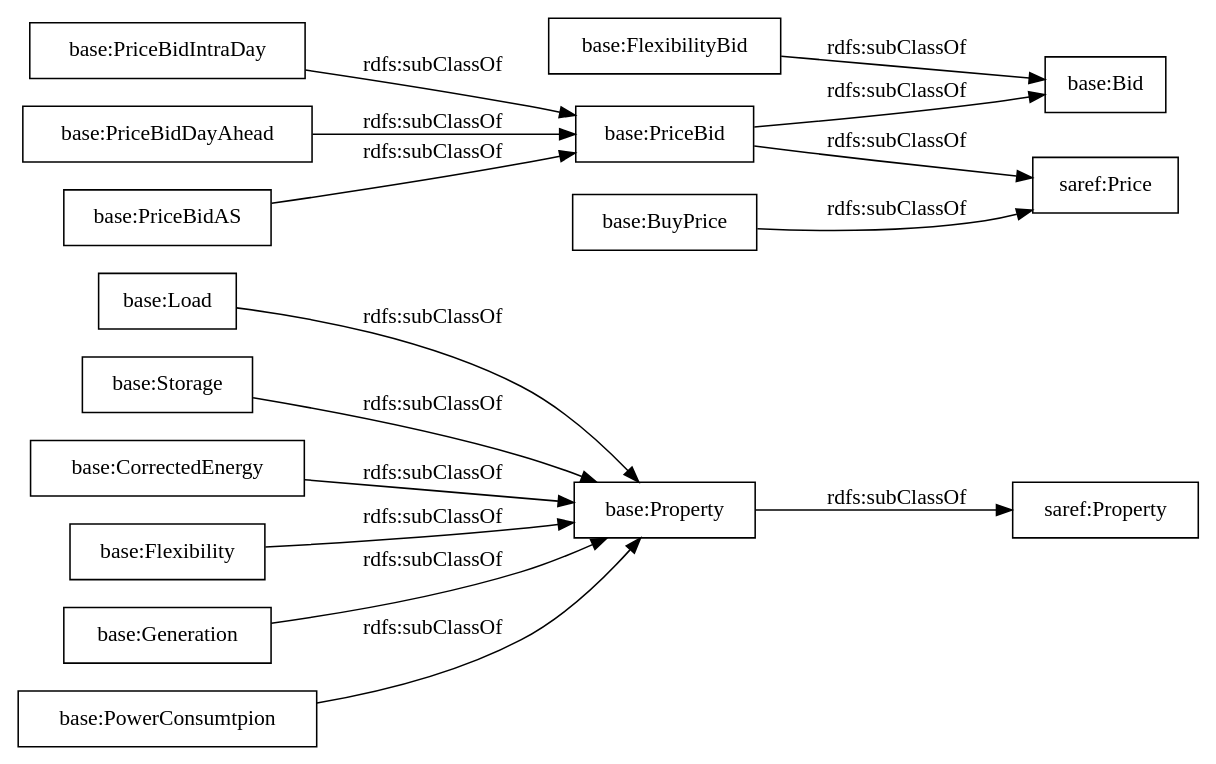
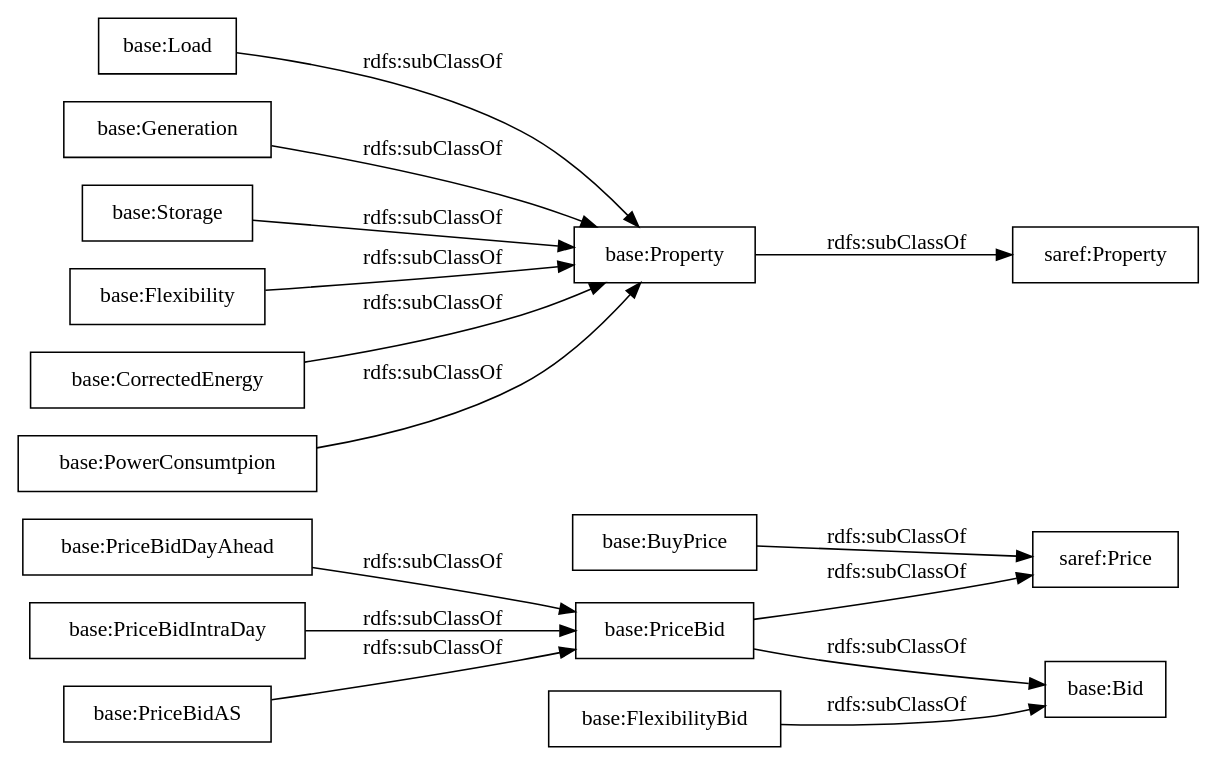
The diagram in OnToology/ontology/delta.owl/diagrams/ar2dtool-taxonomy/delta.owl.png.dot (oeg-upm/delta-ontology), drawn with Graphviz before and after one commit. The commit also changed 12 other files, not shown here.

```diff
--- a/OnToology/ontology/delta.owl/diagrams/ar2dtool-taxonomy/delta.owl.png.dot
+++ b/OnToology/ontology/delta.owl/diagrams/ar2dtool-taxonomy/delta.owl.png.dot
@@ -1,20 +1,20 @@
 digraph ar2dtool_diagram { 
 rankdir=LR;
 size="1000"
-node [shape = rectangle, color="black"]; "base:Load" "base:Storage" "saref:Property" "base:Property" "base:Bid" "base:CorrectedEnergy" "saref:Price" "base:BuyPrice" "base:FlexibilityBid" "base:PriceBid" "base:Flexibility" "base:PriceBidIntraDay" "base:Generation" "base:PriceBidDayAhead" "base:PowerConsumtpion" "base:PriceBidAS" ; /*classes style*/
+node [shape = rectangle, color="black"]; "base:PriceBid" "base:BuyPrice" "saref:Property" "base:Load" "base:PriceBidDayAhead" "base:Generation" "base:PriceBidIntraDay" "base:FlexibilityBid" "base:Storage" "base:Flexibility" "base:CorrectedEnergy" "saref:Price" "base:Property" "base:PriceBidAS" "base:PowerConsumtpion" "base:Bid" ; /*classes style*/
+	"base:Generation" -> "base:Property" [ label = "rdfs:subClassOf" ];
+	"base:Flexibility" -> "base:Property" [ label = "rdfs:subClassOf" ];
+	"base:FlexibilityBid" -> "base:Bid" [ label = "rdfs:subClassOf" ];
+	"base:CorrectedEnergy" -> "base:Property" [ label = "rdfs:subClassOf" ];
+	"base:BuyPrice" -> "saref:Price" [ label = "rdfs:subClassOf" ];
+	"base:PriceBidAS" -> "base:PriceBid" [ label = "rdfs:subClassOf" ];
+	"base:PriceBidIntraDay" -> "base:PriceBid" [ label = "rdfs:subClassOf" ];
+	"base:Storage" -> "base:Property" [ label = "rdfs:subClassOf" ];
 	"base:Property" -> "saref:Property" [ label = "rdfs:subClassOf" ];
-	"base:PriceBidDayAhead" -> "base:PriceBid" [ label = "rdfs:subClassOf" ];
-	"base:PriceBidAS" -> "base:PriceBid" [ label = "rdfs:subClassOf" ];
 	"base:PriceBid" -> "saref:Price" [ label = "rdfs:subClassOf" ];
 	"base:PriceBid" -> "base:Bid" [ label = "rdfs:subClassOf" ];
-	"base:FlexibilityBid" -> "base:Bid" [ label = "rdfs:subClassOf" ];
-	"base:Storage" -> "base:Property" [ label = "rdfs:subClassOf" ];
 	"base:PowerConsumtpion" -> "base:Property" [ label = "rdfs:subClassOf" ];
+	"base:PriceBidDayAhead" -> "base:PriceBid" [ label = "rdfs:subClassOf" ];
 	"base:Load" -> "base:Property" [ label = "rdfs:subClassOf" ];
-	"base:Generation" -> "base:Property" [ label = "rdfs:subClassOf" ];
-	"base:CorrectedEnergy" -> "base:Property" [ label = "rdfs:subClassOf" ];
-	"base:BuyPrice" -> "saref:Price" [ label = "rdfs:subClassOf" ];
-	"base:PriceBidIntraDay" -> "base:PriceBid" [ label = "rdfs:subClassOf" ];
-	"base:Flexibility" -> "base:Property" [ label = "rdfs:subClassOf" ];
 
 }
```
